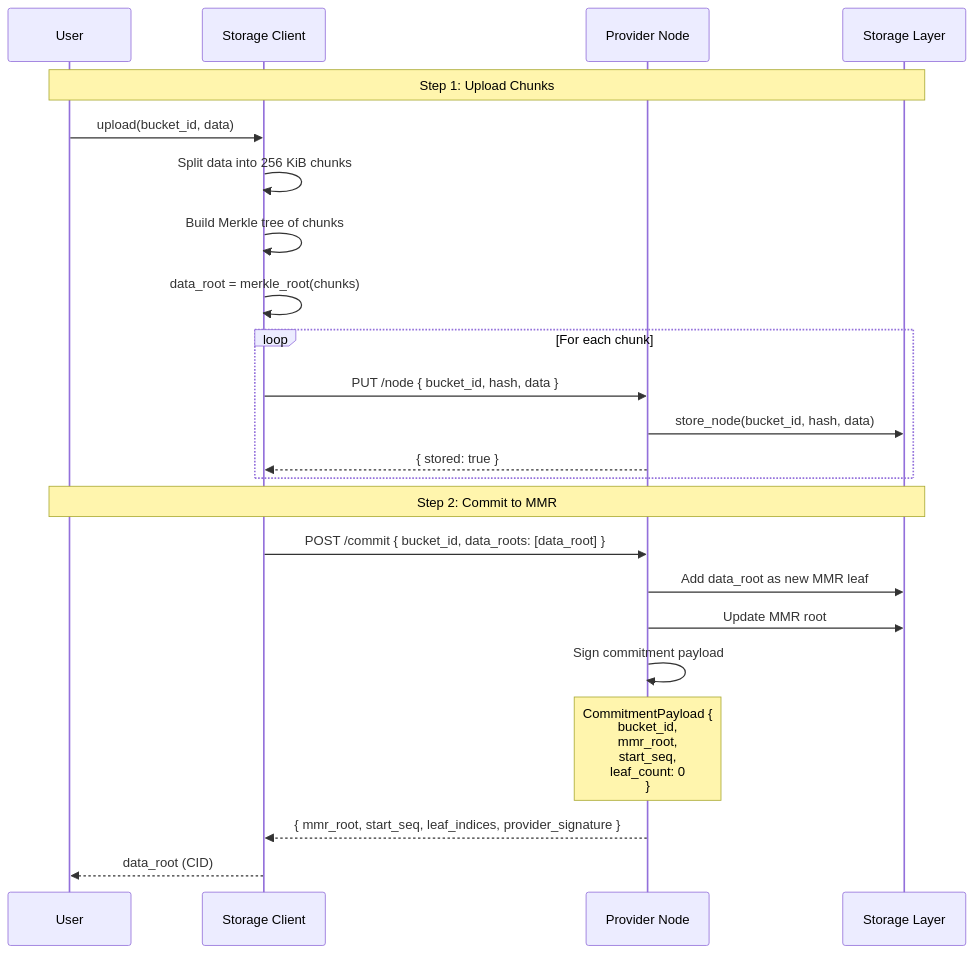
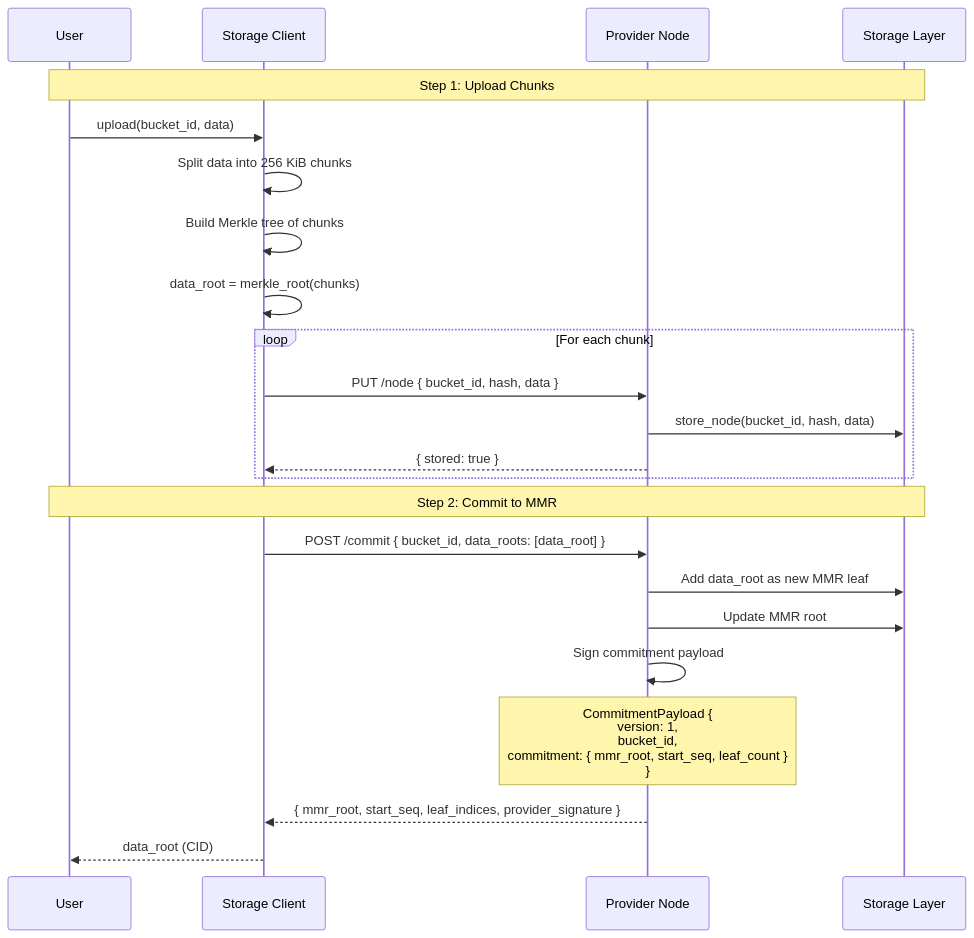
Before and after one commit to paritytech/web3-storage: the sixth of 13 diagrams in docs/reference/EXECUTION_FLOWS.md, drawn with Mermaid. The commit also changed other lines of this file and 49 other files, not shown here.

First line of the commit message:
refactor: remove the commitment nonce from `CommitmentPayload` (#339)

````diff
--- a/docs/reference/EXECUTION_FLOWS.md
+++ b/docs/reference/EXECUTION_FLOWS.md
@@ -269,33 +271,33 @@
 ```mermaid
 sequenceDiagram
     participant U as User
     participant SC as Storage Client
     participant PN as Provider Node
     participant S as Storage Layer
 
     Note over U,S: Step 1: Upload Chunks
     U->>SC: upload(bucket_id, data)
 
     SC->>SC: Split data into 256 KiB chunks
     SC->>SC: Build Merkle tree of chunks
     SC->>SC: data_root = merkle_root(chunks)
 
     loop For each chunk
         SC->>PN: PUT /node { bucket_id, hash, data }
         PN->>S: store_node(bucket_id, hash, data)
         PN-->>SC: { stored: true }
     end
 
     Note over U,S: Step 2: Commit to MMR
     SC->>PN: POST /commit { bucket_id, data_roots: [data_root] }
 
     PN->>S: Add data_root as new MMR leaf
     PN->>S: Update MMR root
     PN->>PN: Sign commitment payload
 
-    Note over PN: CommitmentPayload {<br/> bucket_id,<br/> mmr_root,<br/> start_seq,<br/> leaf_count: 0<br/>}
+    Note over PN: CommitmentPayload {<br/> version: 1,<br/> bucket_id,<br/> commitment: { mmr_root, start_seq, leaf_count }<br/>}
 
     PN-->>SC: { mmr_root, start_seq, leaf_indices, provider_signature }
 
     SC-->>U: data_root (CID)
 ```
````
